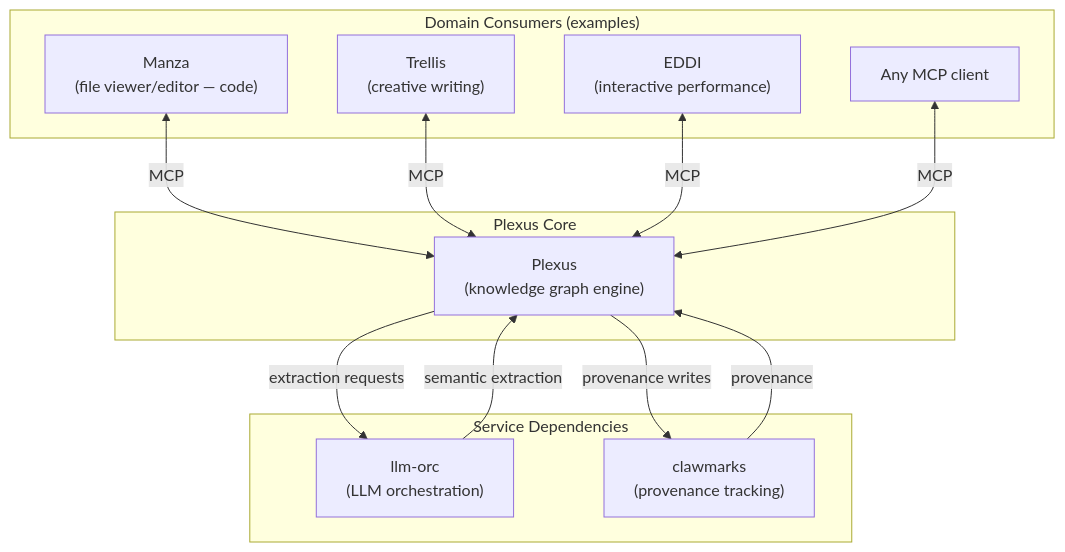
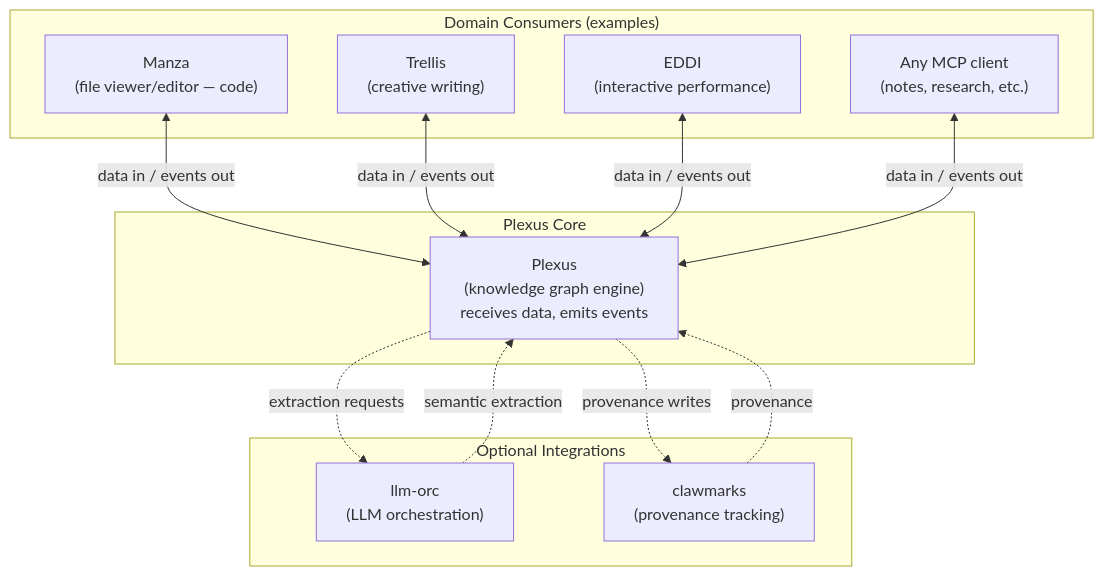
One commit to nrgforge/plexus changed the diagram in docs/semantic/PLEXUS-PAPER.md. Above: the diagram before and after it, drawn with Mermaid. The commit also changed other lines of this file, not shown here.

First line of the commit message:
refactor(paper): clarify Plexus as event-emitting graph engine, separate from client concerns

````diff
--- a/docs/semantic/PLEXUS-PAPER.md
+++ b/docs/semantic/PLEXUS-PAPER.md
@@ -176,28 +175,28 @@
 ```mermaid
 graph TB
     subgraph "Plexus Core"
-        Plexus["Plexus<br/>(knowledge graph engine)"]
+        Plexus["Plexus<br/>(knowledge graph engine)<br/>receives data, emits events"]
     end
 
-    subgraph "Service Dependencies"
+    subgraph "Optional Integrations"
         LLMOrc["llm-orc<br/>(LLM orchestration)"]
         Clawmarks["clawmarks<br/>(provenance tracking)"]
     end
 
     subgraph "Domain Consumers (examples)"
         Manza["Manza<br/>(file viewer/editor — code)"]
         Trellis["Trellis<br/>(creative writing)"]
         EDDI["EDDI<br/>(interactive performance)"]
-        Other["Any MCP client"]
+        Other["Any MCP client<br/>(notes, research, etc.)"]
     end
 
-    LLMOrc -->|semantic extraction| Plexus
-    Clawmarks -->|provenance| Plexus
-    Plexus -->|extraction requests| LLMOrc
-    Plexus -->|provenance writes| Clawmarks
+    LLMOrc -.->|semantic extraction| Plexus
+    Clawmarks -.->|provenance| Plexus
+    Plexus -.->|extraction requests| LLMOrc
+    Plexus -.->|provenance writes| Clawmarks
 
-    Manza <-->|MCP| Plexus
-    Trellis <-->|MCP| Plexus
-    EDDI <-->|MCP| Plexus
-    Other <-->|MCP| Plexus
+    Manza <-->|data in / events out| Plexus
+    Trellis <-->|data in / events out| Plexus
+    EDDI <-->|data in / events out| Plexus
+    Other <-->|data in / events out| Plexus
 ```
````
